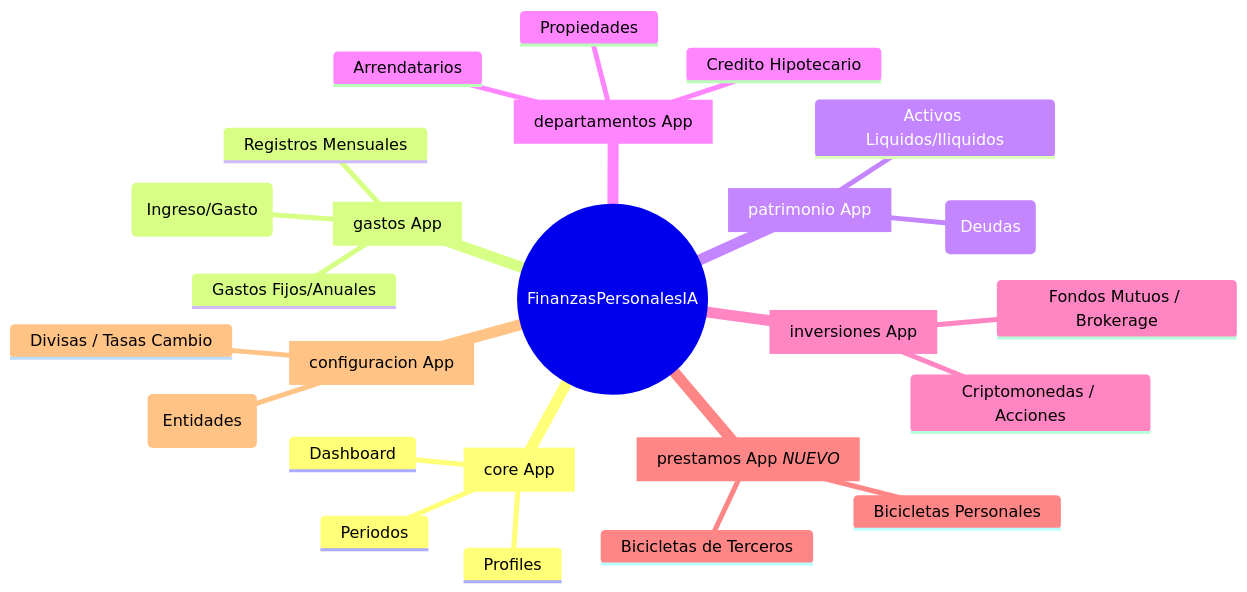
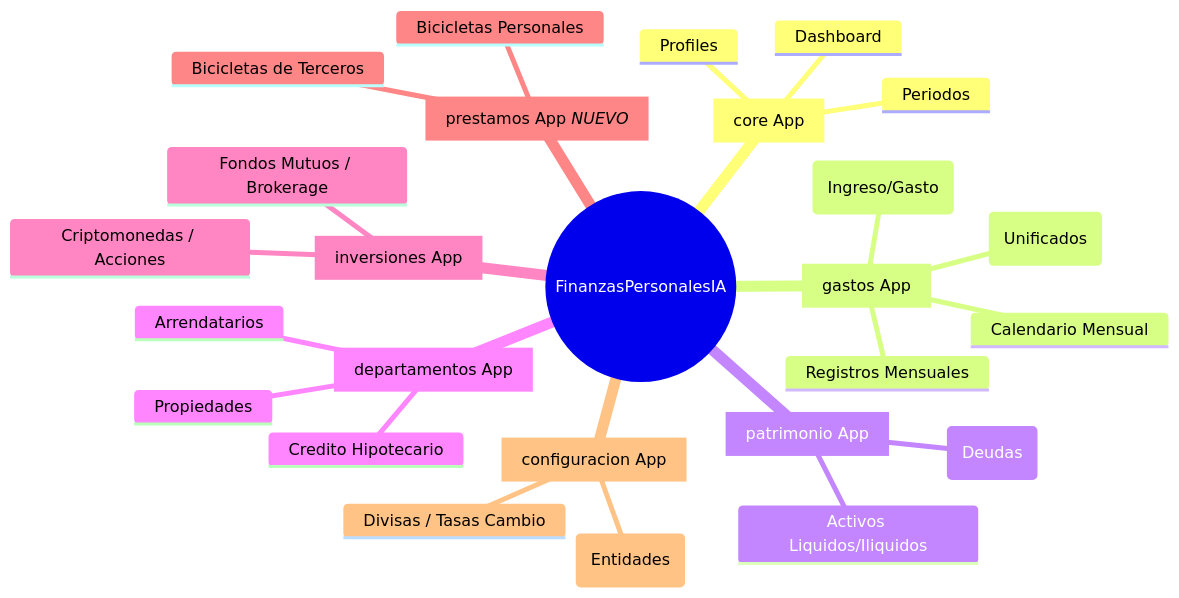
The diagram in AGENTS.md (gusdrawn/personal_finance_ia), drawn with Mermaid before and after one commit. The commit also changed other lines of this file and 20 other files, not shown here.

````diff
--- a/AGENTS.md
+++ b/AGENTS.md
@@ -35,35 +56,36 @@
 ```mermaid
 mindmap
   root((FinanzasPersonalesIA))
     core[core App]
       ::icon(fa fa-shield)
       Profiles
       Periodos
       Dashboard
     gastos[gastos App]
       ::icon(fa fa-receipt)
       Categorias (Ingreso/Gasto)
       Registros Mensuales
-      Gastos Fijos/Anuales
+      Gastos Programados (Unificados)
+      Calendario Mensual
     patrimonio[patrimonio App]
       ::icon(fa fa-vault)
       Activos Liquidos/Iliquidos
       Pasivos (Deudas)
     departamentos[departamentos App]
       ::icon(fa fa-building)
       Propiedades
       Credito Hipotecario
       Arrendatarios
     inversiones[inversiones App]
       ::icon(fa fa-chart-line)
       Criptomonedas / Acciones
       Fondos Mutuos / Brokerage
     prestamos[prestamos App *NUEVO*]
       ::icon(fa fa-bicycle)
       Bicicletas Personales
       Bicicletas de Terceros
     configuracion[configuracion App]
       ::icon(fa fa-cogs)
       Bancos (Entidades)
       Divisas / Tasas Cambio
 ```
````
